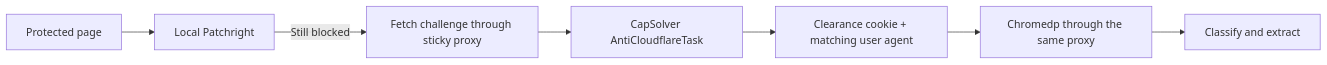
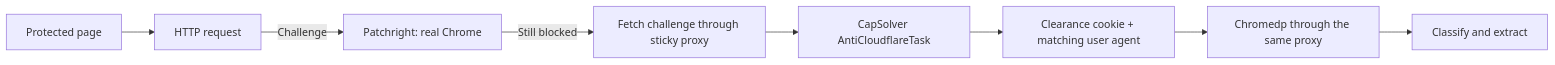
The diagram in docs/cloudflare-status.md (simonbalfe/pagelode), drawn with Mermaid before and after one commit. The commit also changed other lines of this file and 1 other file, not shown here.

````diff
--- a/docs/cloudflare-status.md
+++ b/docs/cloudflare-status.md
@@ -9,9 +7,10 @@
 ```mermaid
 flowchart LR
-    Target[Protected page] --> Patchright[Local Patchright]
+    Target[Protected page] --> HTTP[HTTP request]
+    HTTP -->|Challenge| Patchright[Patchright: real Chrome]
     Patchright -->|Still blocked| Bootstrap[Fetch challenge through sticky proxy]
     Bootstrap --> CapSolver[CapSolver AntiCloudflareTask]
     CapSolver --> Session[Clearance cookie + matching user agent]
     Session --> Chromedp[Chromedp through the same proxy]
     Chromedp --> Classifier[Classify and extract]
 ```
````
